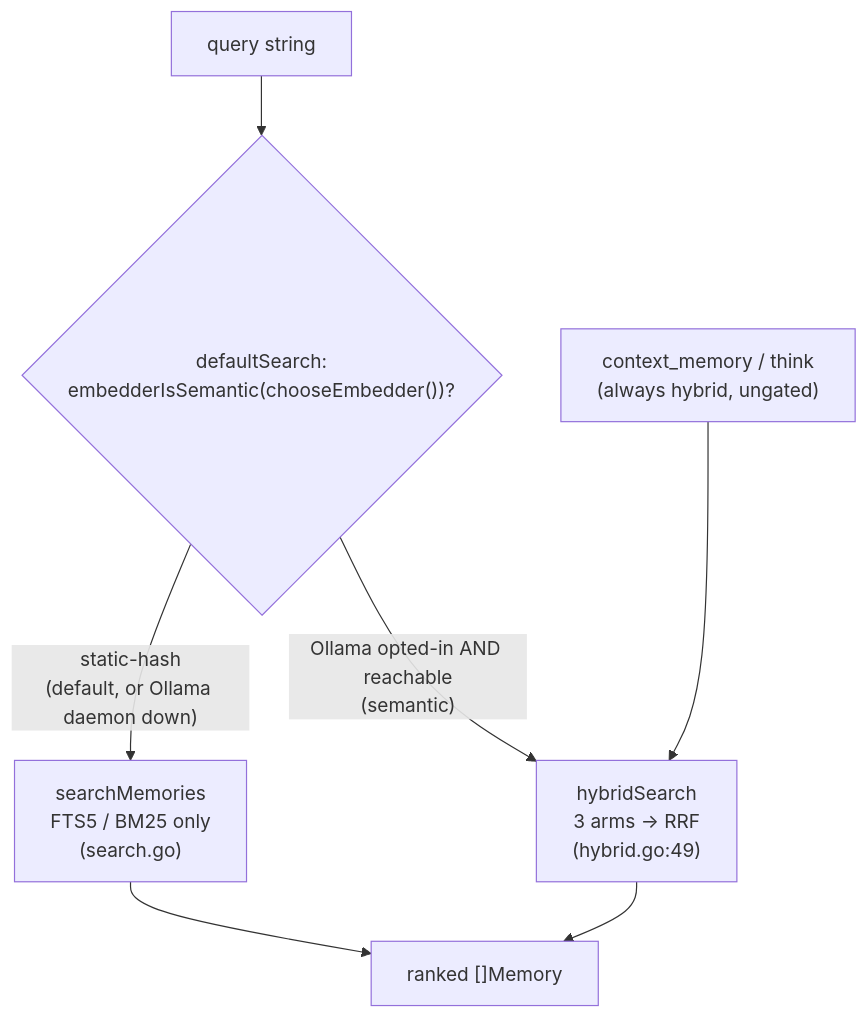
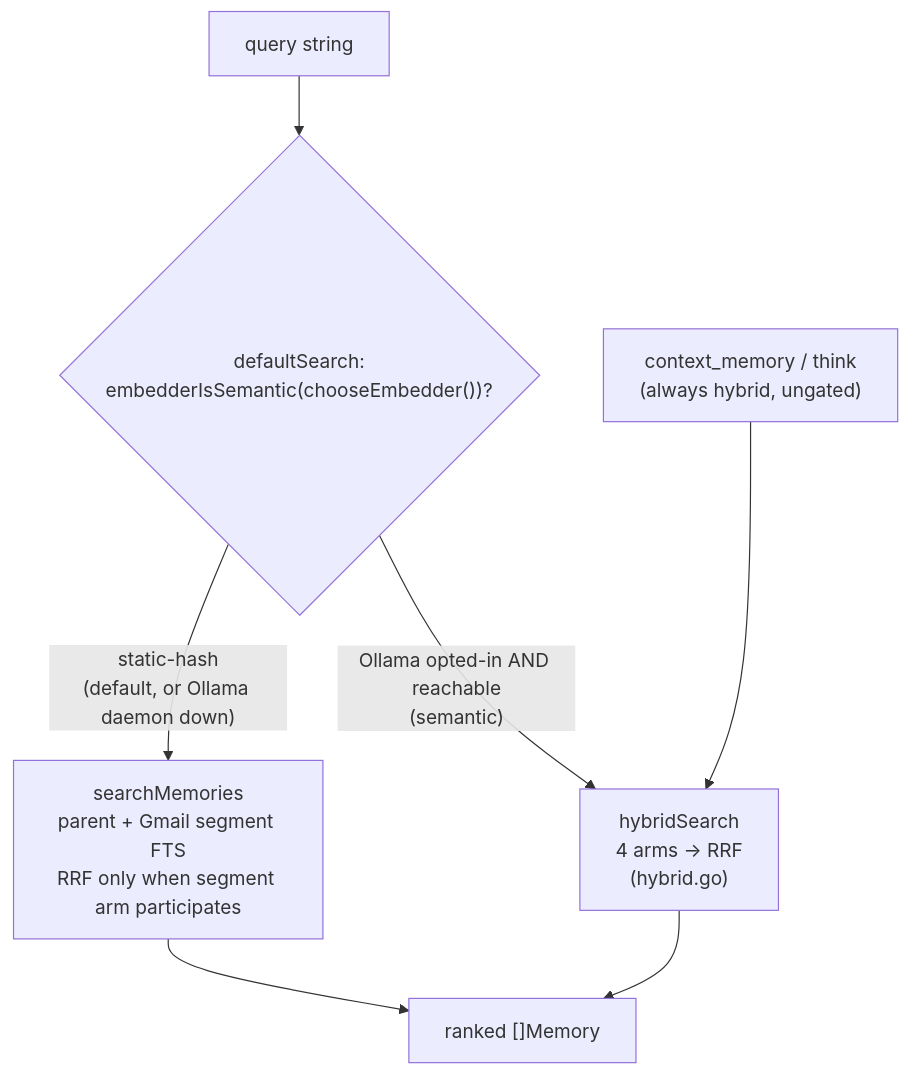
Before and after one commit to pyranthus-hq/mora: the first of 3 diagrams in docs/architecture/02-retrieval-search.md, drawn with Mermaid. The commit also changed other lines of this file and 13 other files, not shown here.

````diff
--- a/docs/architecture/02-retrieval-search.md
+++ b/docs/architecture/02-retrieval-search.md
@@ -46,9 +46,9 @@
 ```mermaid
 flowchart TD
     Q["query string"] --> R{"defaultSearch:<br/>embedderIsSemantic(chooseEmbedder())?"}
-    R -->|"static-hash<br/>(default, or Ollama daemon down)"| F["searchMemories<br/>FTS5 / BM25 only<br/>(search.go)"]
-    R -->|"Ollama opted-in AND reachable<br/>(semantic)"| H["hybridSearch<br/>3 arms → RRF<br/>(hybrid.go:49)"]
+    R -->|"static-hash<br/>(default, or Ollama daemon down)"| F["searchMemories<br/>parent + Gmail segment FTS<br/>RRF only when segment arm participates"]
+    R -->|"Ollama opted-in AND reachable<br/>(semantic)"| H["hybridSearch<br/>4 arms → RRF<br/>(hybrid.go)"]
     F --> OUT["ranked []Memory"]
     H --> OUT
     CTX["context_memory / think<br/>(always hybrid, ungated)"] --> H
 ```
````
